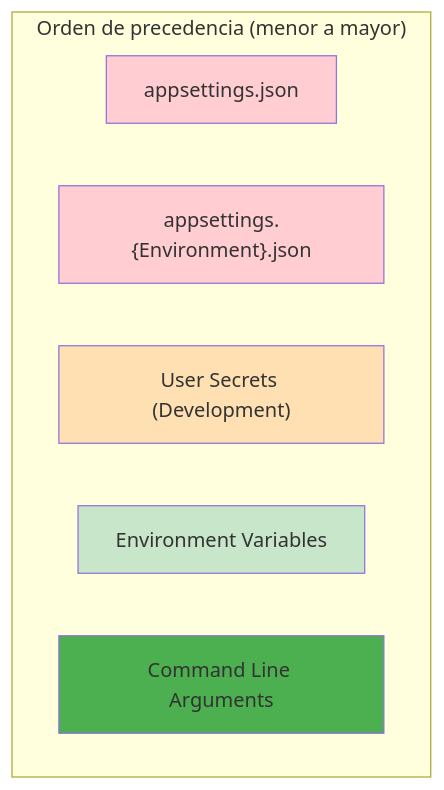
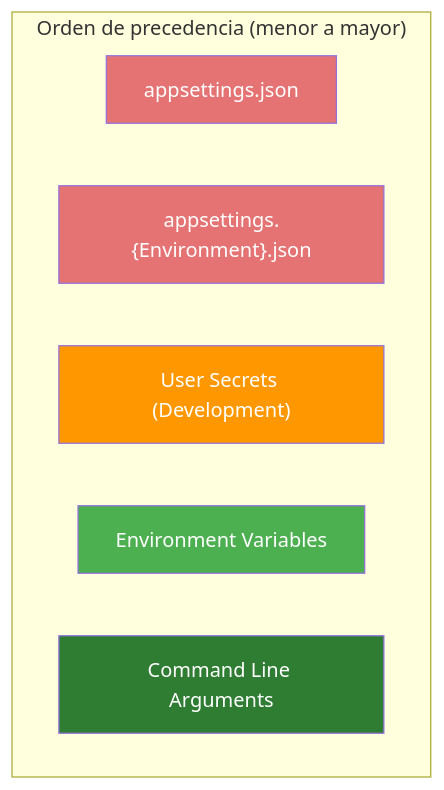
Before and after one commit to joseluisgs/TiendaDawApi-NetCore: the third of 7 diagrams in doc/01-configuracion-proyectos-dotnet.md, drawn with Mermaid. The commit also changed 6 other files, not shown here.

Commit message:
docs: Corregir colores de diagramas Mermaid y comentarios en Program.cs

````diff
--- a/doc/01-configuracion-proyectos-dotnet.md
+++ b/doc/01-configuracion-proyectos-dotnet.md
@@ -444,16 +444,16 @@
 ```mermaid
 flowchart TB
     subgraph "Orden de precedencia (menor a mayor)"
         A["appsettings.json"]
         B["appsettings.{Environment}.json"]
         C["User Secrets (Development)"]
         D["Environment Variables"]
         E["Command Line Arguments"]
     end
     
-    style A fill:#FFCDD2
-    style B fill:#FFCDD2
-    style C fill:#FFE0B2
-    style D fill:#C8E6C9
-    style E fill:#4CAF50
+    style A fill:#E57373,color:#ffffff
+    style B fill:#E57373,color:#ffffff
+    style C fill:#FF9800,color:#ffffff
+    style D fill:#4CAF50,color:#ffffff
+    style E fill:#2E7D32,color:#ffffff
 ```
````
